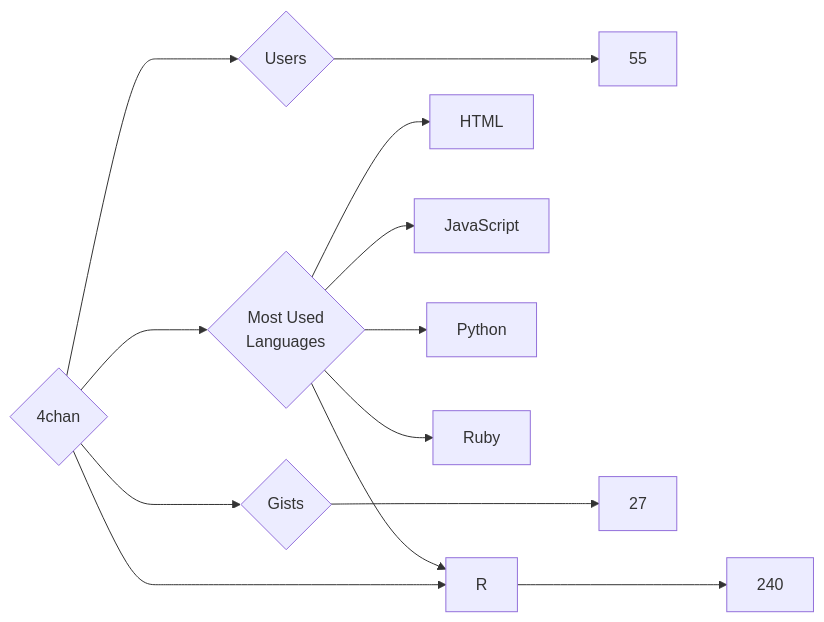
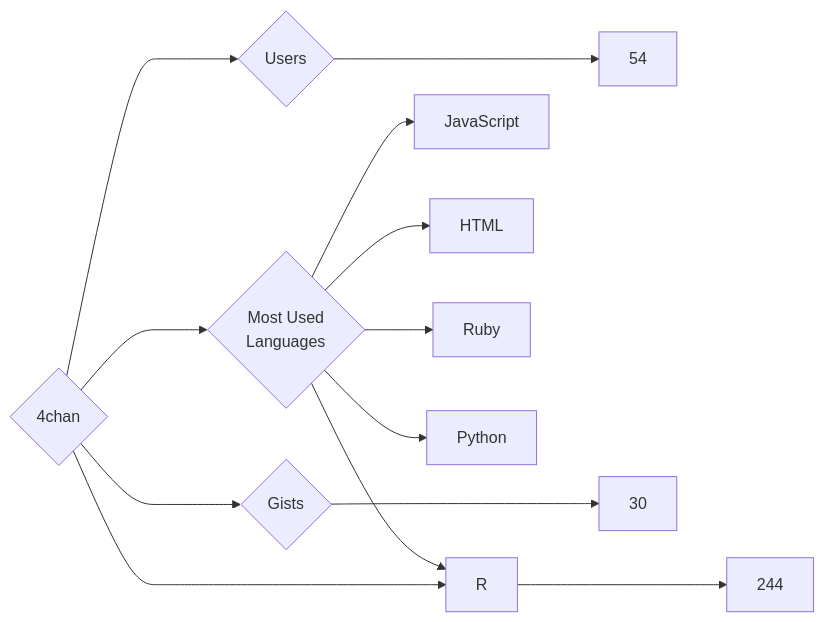
One commit to trickest/insiders changed the diagram in targets/4chan/README.md. Above: the diagram before and after it, drawn with Mermaid. The commit also changed 997 other files, not shown here.

````diff
--- a/targets/4chan/README.md
+++ b/targets/4chan/README.md
@@ -3,13 +3,13 @@
 ```mermaid
 graph LR
 COMPANY_NAME{4chan}
-COMPANY_NAME ---> U{Users} ---> UN[55]
-COMPANY_NAME ---> R{Repositories} ---> RN[240]
-COMPANY_NAME ---> G{Gists} ---> GN[27]
+COMPANY_NAME ---> U{Users} ---> UN[54]
+COMPANY_NAME ---> R{Repositories} ---> RN[244]
+COMPANY_NAME ---> G{Gists} ---> GN[30]
 COMPANY_NAME ---> ML{Most Used<br>Languages}
+ML --> JavaScript[JavaScript]
 ML --> HTML[HTML]
-ML --> JavaScript[JavaScript]
+ML --> Ruby[Ruby]
 ML --> Python[Python]
-ML --> Ruby[Ruby]
 ML --> R[R]
 ```
````
